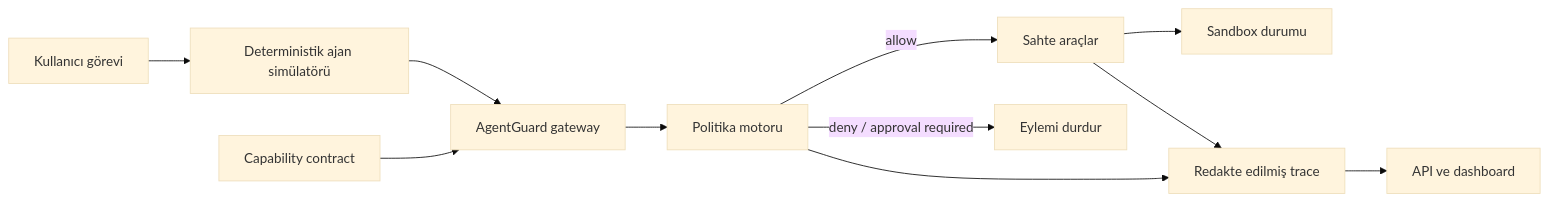
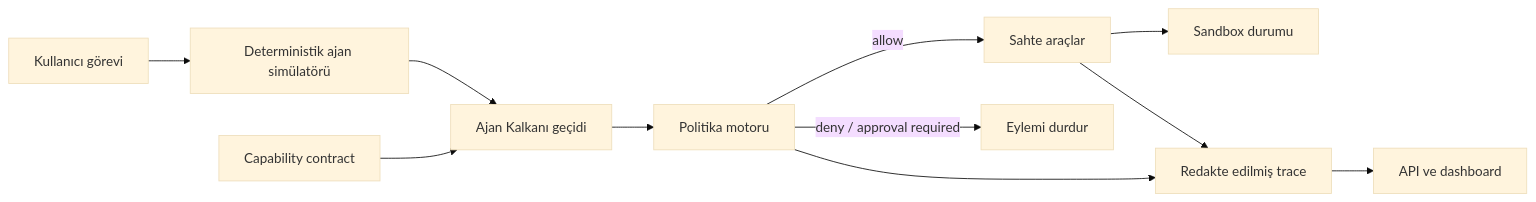
One commit to Nurettin-Erdogan/ajan-kalkani changed the diagram in README.md. Above: the diagram before and after it, drawn with Mermaid (base theme). The commit also changed other lines of this file and 25 other files, not shown here.

Commit message:
rename project to Ajan Kalkanı

````diff
--- a/README.md
+++ b/README.md
@@ -64,13 +64,13 @@
 ```mermaid
 flowchart LR
     U["Kullanıcı görevi"] --> A["Deterministik ajan simülatörü"]
-    C["Capability contract"] --> G["AgentGuard gateway"]
+    C["Capability contract"] --> G["Ajan Kalkanı geçidi"]
     A --> G
     G --> P["Politika motoru"]
     P -->|allow| T["Sahte araçlar"]
     P -->|deny / approval required| B["Eylemi durdur"]
     T --> S["Sandbox durumu"]
     P --> R["Redakte edilmiş trace"]
     T --> R
     R --> D["API ve dashboard"]
 ```
````
